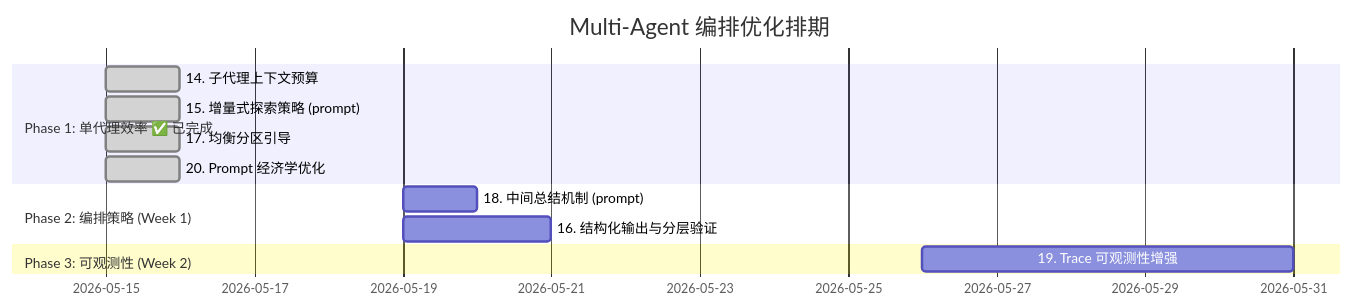
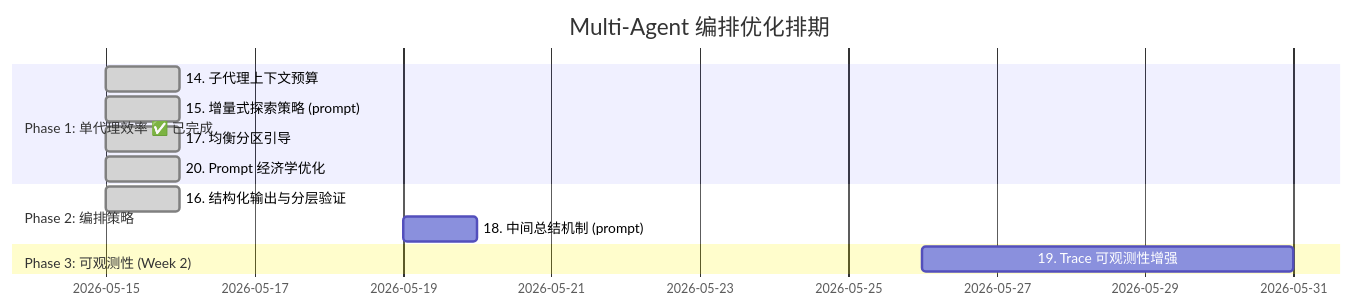
Before and after one commit to darkinsky/daedalus: the second of 2 diagrams in docs/design/improvement-roadmap-2026-05.md, drawn with Mermaid. The commit also changed other lines of this file and 21 other files, not shown here.

````diff
--- a/docs/design/improvement-roadmap-2026-05.md
+++ b/docs/design/improvement-roadmap-2026-05.md
@@ -1374,18 +1387,18 @@
 ```mermaid
 gantt
     title Multi-Agent 编排优化排期
     dateFormat  YYYY-MM-DD
 
     section Phase 1: 单代理效率 ✅ 已完成
     14. 子代理上下文预算              :done, p1_14, 2026-05-15, 1d
     15. 增量式探索策略 (prompt)       :done, p1_15, 2026-05-15, 1d
     17. 均衡分区引导                  :done, p1_17, 2026-05-15, 1d
     20. Prompt 经济学优化             :done, p1_20, 2026-05-15, 1d
 
-    section Phase 2: 编排策略 (Week 1)
+    section Phase 2: 编排策略
+    16. 结构化输出与分层验证          :done, p2_16, 2026-05-15, 1d
     18. 中间总结机制 (prompt)          :p2_18, 2026-05-19, 1d
-    16. 结构化输出与分层验证          :p2_16, 2026-05-19, 2d
 
     section Phase 3: 可观测性 (Week 2)
     19. Trace 可观测性增强            :p3_19, 2026-05-26, 5d
 ```
````
